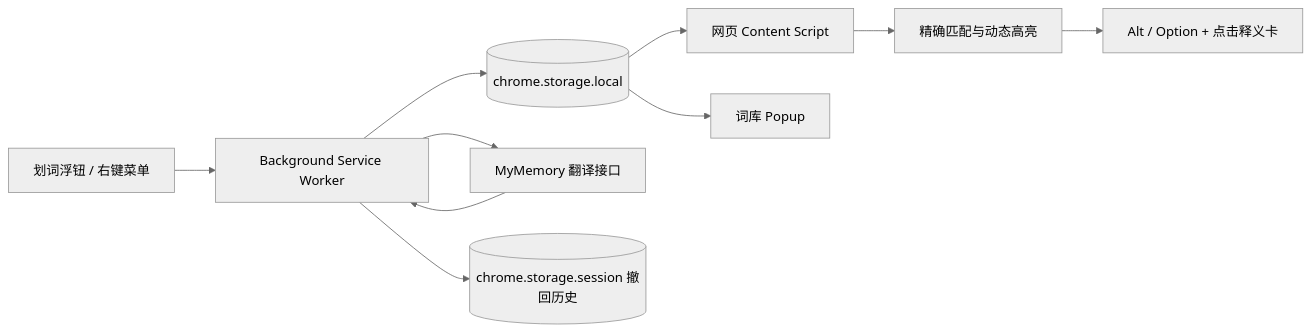
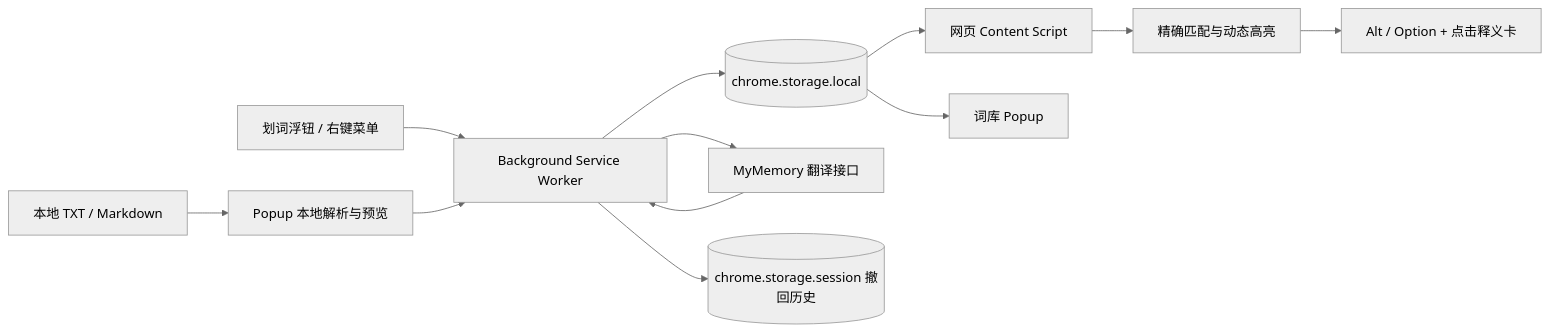
One commit to segujushi-lang/edge-vocab-highlighter changed the diagram in README.md. Above: the diagram before and after it, drawn with Mermaid (neutral theme). The commit also changed other lines of this file and 13 other files, not shown here.

Commit message:
feat: add TXT and Markdown word imports

````diff
--- a/README.md
+++ b/README.md
@@ -103,12 +125,14 @@
 ```mermaid
 flowchart LR
     A[划词浮钮 / 右键菜单] --> B[Background Service Worker]
+    J[本地 TXT / Markdown] --> K[Popup 本地解析与预览]
+    K --> B
     B --> C[(chrome.storage.local)]
     B --> D[MyMemory 翻译接口]
     D --> B
     C --> E[网页 Content Script]
     C --> F[词库 Popup]
     B --> I[(chrome.storage.session 撤回历史)]
     E --> G[精确匹配与动态高亮]
     G --> H[Alt / Option + 点击释义卡]
 ```
````
